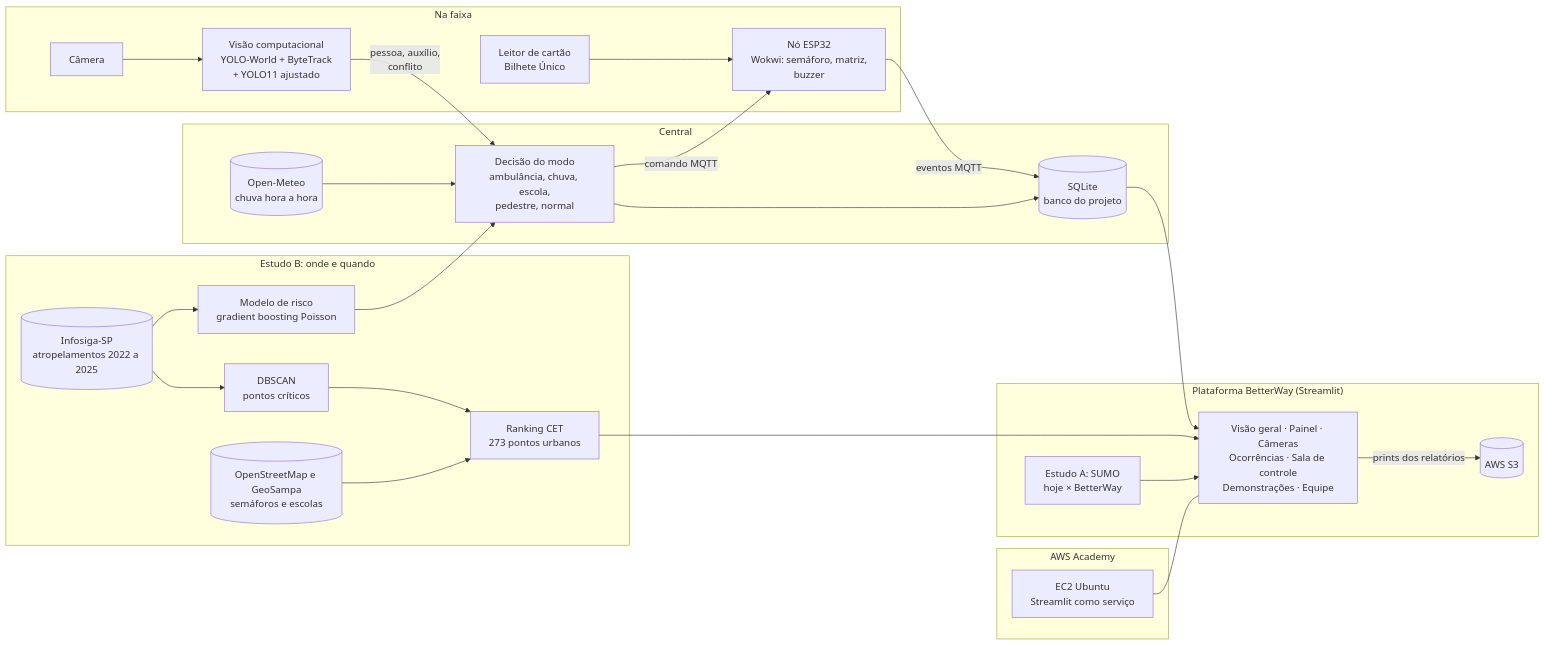
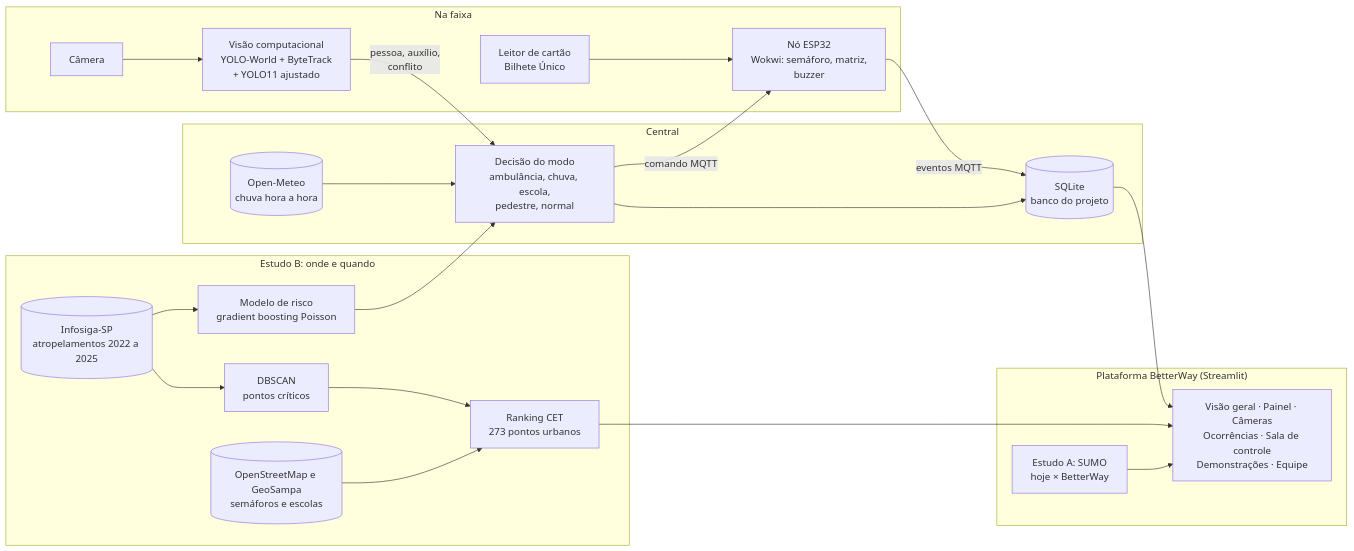
Before and after one commit to tamiresvferreira/betterway: the diagram in 1TIAO/GLOBAL-SOLUTION-2/README.md, drawn with Mermaid. The commit also changed other lines of this file, not shown here.

Commit message:
README sem a parte da AWS (fica como código opcional em deploy/aws, fora da entrega)

````diff
--- a/1TIAO/GLOBAL-SOLUTION-2/README.md
+++ b/1TIAO/GLOBAL-SOLUTION-2/README.md
@@ -56,33 +56,28 @@
 ```mermaid
 flowchart LR
     subgraph Dados["Estudo B: onde e quando"]
         INF[(Infosiga-SP<br/>atropelamentos 2022 a 2025)] --> DB1[DBSCAN<br/>pontos críticos]
         DB1 --> RK[Ranking CET<br/>273 pontos urbanos]
         INF --> MR[Modelo de risco<br/>gradient boosting Poisson]
         OSM[(OpenStreetMap e GeoSampa<br/>semáforos e escolas)] --> RK
     end
     subgraph Rua["Na faixa"]
         CAM[Câmera] --> VIS[Visão computacional<br/>YOLO-World + ByteTrack<br/>+ YOLO11 ajustado]
         CART[Leitor de cartão<br/>Bilhete Único] --> NO
         NO[Nó ESP32<br/>Wokwi: semáforo, matriz,<br/>buzzer]
     end
     subgraph Central["Central"]
         DEC[Decisão do modo<br/>ambulância, chuva, escola,<br/>pedestre, normal]
         CHUVA[(Open-Meteo<br/>chuva hora a hora)] --> DEC
         MR --> DEC
         VIS -->|pessoa, auxílio,<br/>conflito| DEC
         DEC -->|comando MQTT| NO
         NO -->|eventos MQTT| BANCO
         DEC --> BANCO[(SQLite<br/>banco do projeto)]
     end
     subgraph Plataforma["Plataforma BetterWay (Streamlit)"]
         BANCO --> APP[Visão geral · Painel · Câmeras<br/>Ocorrências · Sala de controle<br/>Demonstrações · Equipe]
         RK --> APP
         SIM[Estudo A: SUMO<br/>hoje × BetterWay] --> APP
-        APP -->|prints dos relatórios| S3[(AWS S3)]
-    end
-    subgraph AWS["AWS Academy"]
-        EC2[EC2 Ubuntu<br/>Streamlit como serviço] --- APP
-        S3
     end
 ```
````
